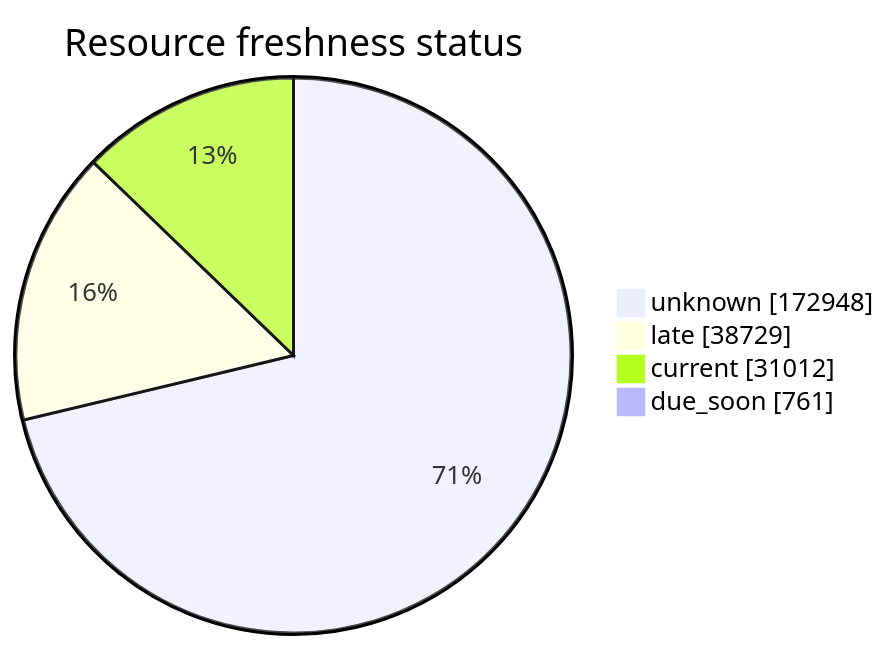
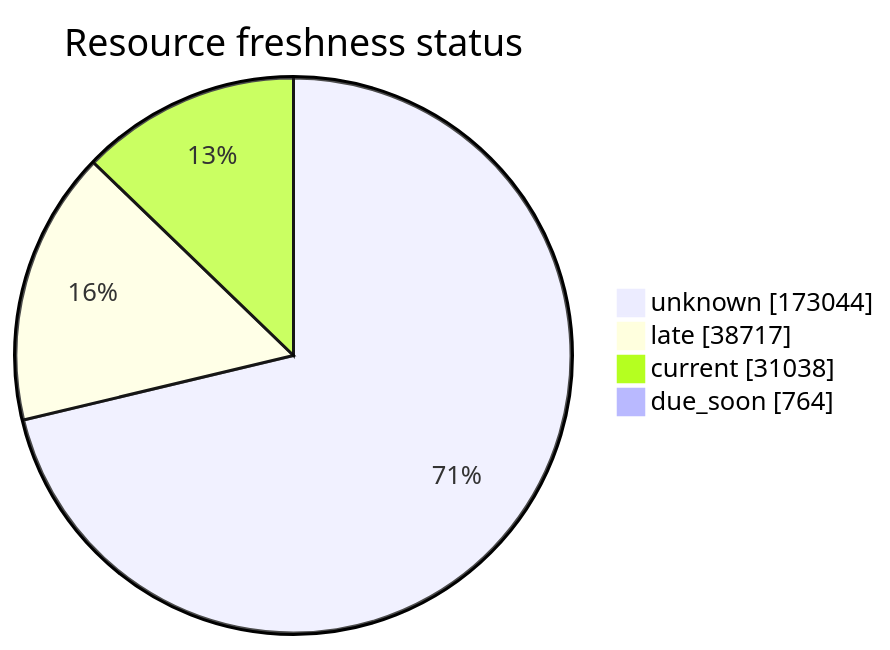
One commit to open-data/analytics-corporate-reporting changed the third of 5 diagrams in FreshCheck/README.md. Above: the diagram before and after it, drawn with Mermaid. The commit also changed other lines of this file and 3 other files, not shown here.

````diff
--- a/FreshCheck/README.md
+++ b/FreshCheck/README.md
@@ -77,7 +77,7 @@
 ```mermaid
 pie showData title Resource freshness status
-    "unknown": 172948
-    "late": 38729
-    "current": 31012
-    "due_soon": 761
+    "unknown": 173044
+    "late": 38717
+    "current": 31038
+    "due_soon": 764
 ```
````
